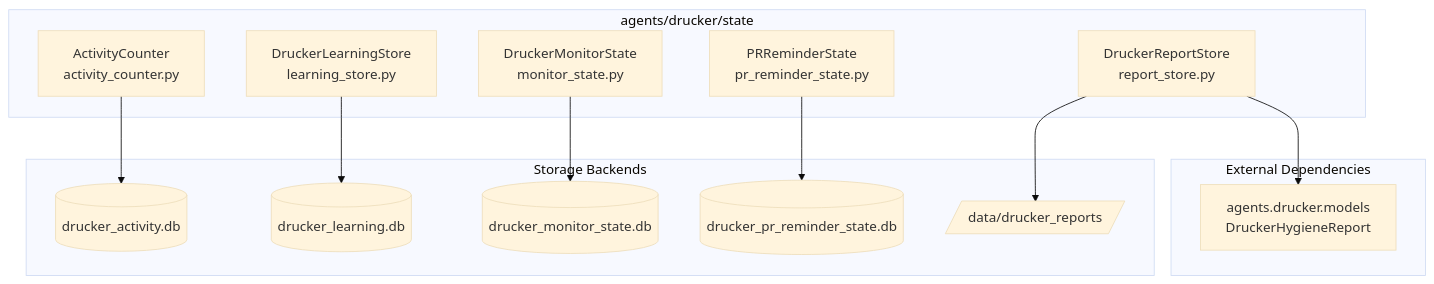
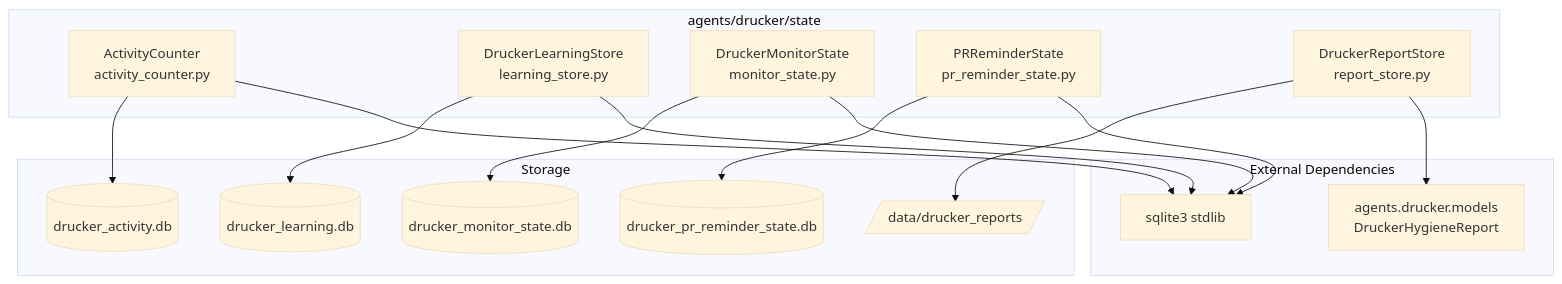
Before and after one commit to jmac-cornelis/agent-workforce: the first of 4 diagrams in docs/agents-drucker-state.md, drawn with Mermaid (base theme). The commit also changed other lines of this file and 8 other files, not shown here.

````diff
--- a/docs/agents-drucker-state.md
+++ b/docs/agents-drucker-state.md
@@ -25,29 +23,34 @@
 ```mermaid
 graph TD
     subgraph "agents/drucker/state"
         AC[ActivityCounter<br/>activity_counter.py]
         LS[DruckerLearningStore<br/>learning_store.py]
         MS[DruckerMonitorState<br/>monitor_state.py]
         PRS[PRReminderState<br/>pr_reminder_state.py]
         RS[DruckerReportStore<br/>report_store.py]
     end
 
-    subgraph "Storage Backends"
+    subgraph "Storage"
         DB_ACT[(drucker_activity.db)]
         DB_LEARN[(drucker_learning.db)]
         DB_MON[(drucker_monitor_state.db)]
         DB_PR[(drucker_pr_reminder_state.db)]
         FS_REPORTS[/data/drucker_reports/]
     end
 
     subgraph "External Dependencies"
         MODELS[agents.drucker.models<br/>DruckerHygieneReport]
+        SQLITE[sqlite3 stdlib]
     end
 
     AC --> DB_ACT
     LS --> DB_LEARN
     MS --> DB_MON
     PRS --> DB_PR
     RS --> FS_REPORTS
     RS --> MODELS
+    AC --> SQLITE
+    LS --> SQLITE
+    MS --> SQLITE
+    PRS --> SQLITE
 ```
````
